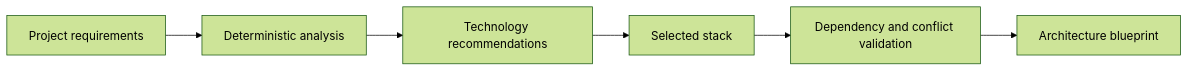
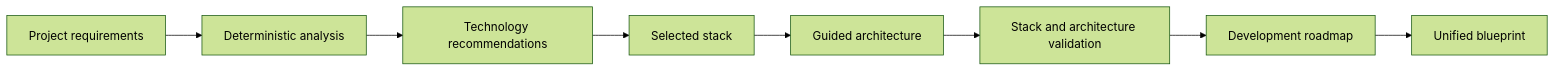
Before and after one commit to davidifeanyicelestine586-arch/tech-stack-architect: the diagram in README.md, drawn with Mermaid (forest theme). The commit also changed other lines of this file and 33 other files, not shown here.

First line of the commit message:
feat: add guided architecture and planning foundations

````diff
--- a/README.md
+++ b/README.md
@@ -176,8 +182,10 @@
 ```mermaid
 flowchart LR
   A[Project requirements] --> B[Deterministic analysis]
   B --> C[Technology recommendations]
   C --> D[Selected stack]
-  D --> E[Dependency and conflict validation]
-  E --> F[Architecture blueprint]
+  D --> E[Guided architecture]
+  E --> F[Stack and architecture validation]
+  F --> G[Development roadmap]
+  G --> H[Unified blueprint]
 ```
````
